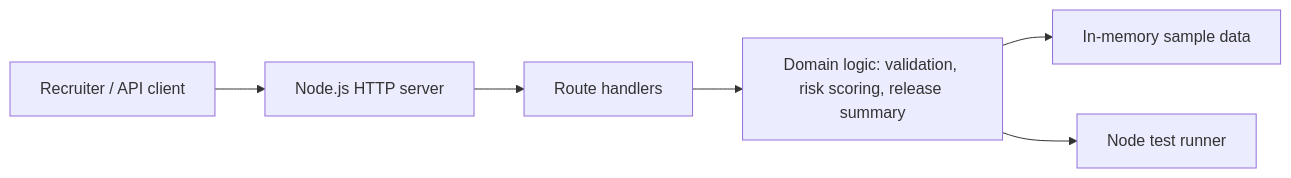
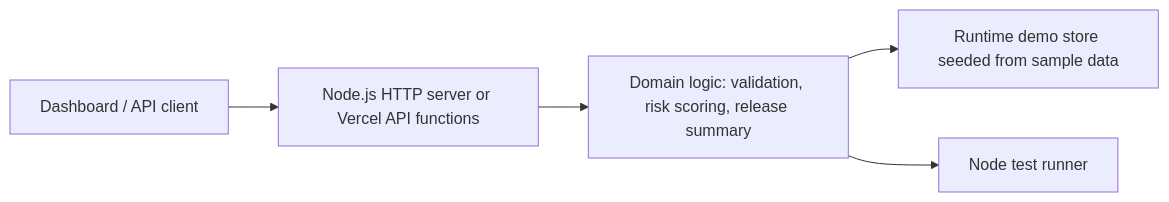
One commit to Assembler-Fourier/securetaskops-workflow-platform changed the diagram in README.md. Above: the diagram before and after it, drawn with Mermaid. The commit also changed other lines of this file and 12 other files, not shown here.

````diff
--- a/README.md
+++ b/README.md
@@ -37,8 +43,7 @@
 ```mermaid
 flowchart LR
-  Client["Recruiter / API client"] --> Server["Node.js HTTP server"]
-  Server --> Routes["Route handlers"]
+  Client["Dashboard / API client"] --> Routes["Node.js HTTP server or Vercel API functions"]
   Routes --> Domain["Domain logic: validation, risk scoring, release summary"]
-  Domain --> Data["In-memory sample data"]
+  Domain --> Data["Runtime demo store seeded from sample data"]
   Domain --> Tests["Node test runner"]
 ```
````
